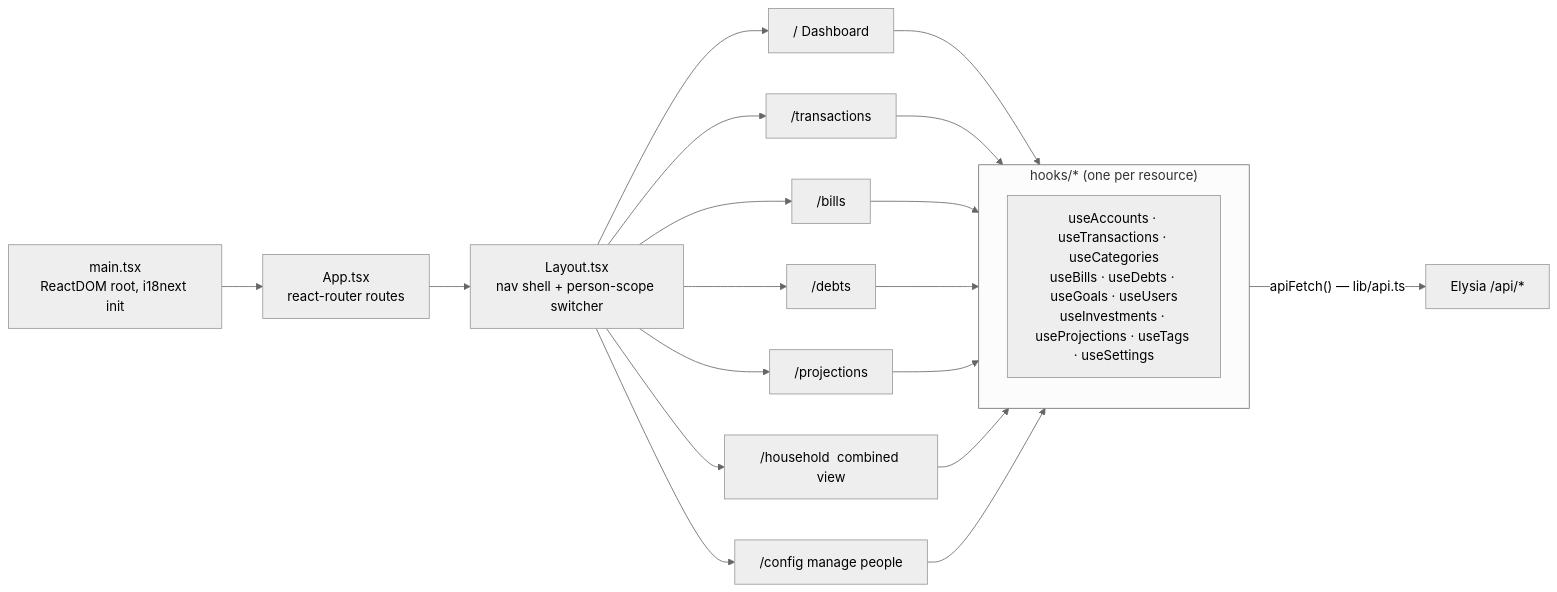
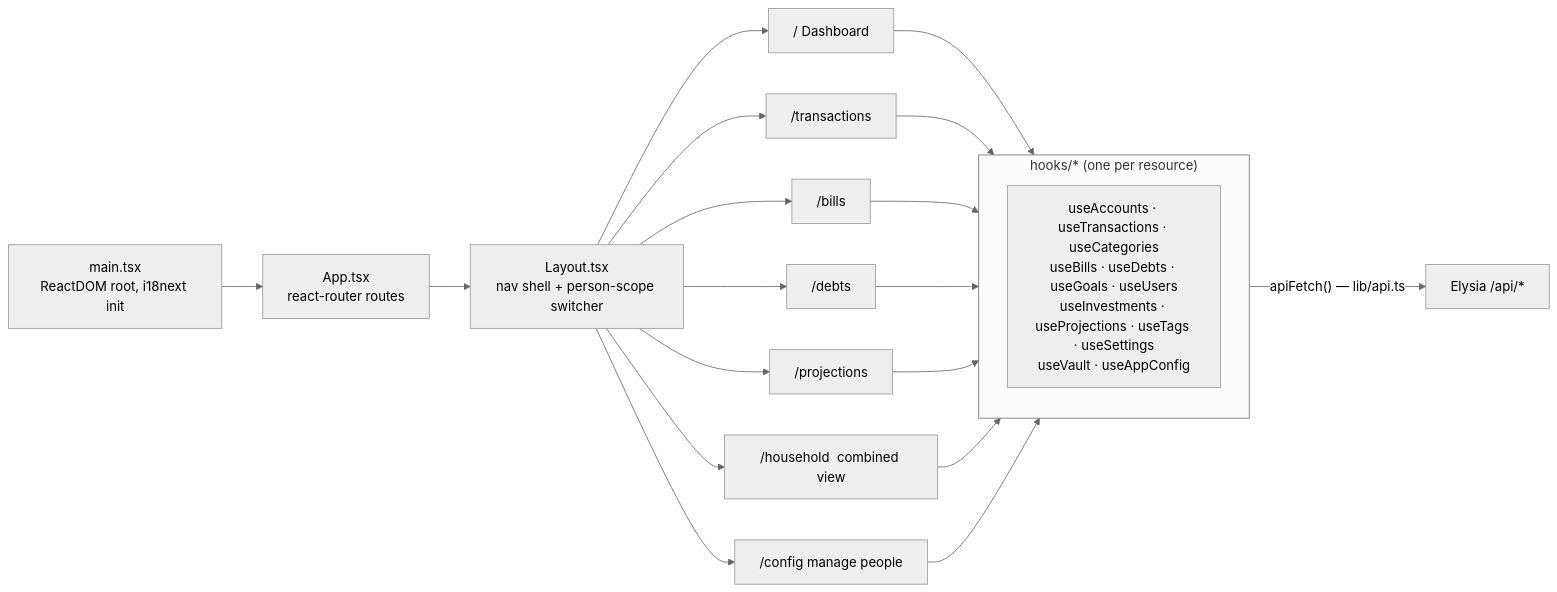
One commit to Botelho31/copiloto-financeiro changed the sixth of 7 diagrams in ARCHITECTURE.md. Above: the diagram before and after it, drawn with Mermaid (neutral theme). The commit also changed other lines of this file and 4 other files, not shown here.

````diff
--- a/ARCHITECTURE.md
+++ b/ARCHITECTURE.md
@@ -321,19 +321,19 @@
 ```mermaid
 flowchart LR
     Main["main.tsx<br>ReactDOM root, i18next init"] --> App
     App["App.tsx<br>react-router routes"] --> Layout["Layout.tsx<br>nav shell + person-scope switcher"]
     Layout --> Dashboard["/  Dashboard"]
     Layout --> Transactions["/transactions"]
     Layout --> Bills["/bills"]
     Layout --> Debts["/debts"]
     Layout --> Projections["/projections"]
     Layout --> Household["/household  combined view"]
     Layout --> Config["/config  manage people"]
 
     subgraph DataLayer["hooks/* (one per resource)"]
-        H["useAccounts · useTransactions · useCategories<br>useBills · useDebts · useGoals · useUsers<br>useInvestments · useProjections · useTags · useSettings"]
+        H["useAccounts · useTransactions · useCategories<br>useBills · useDebts · useGoals · useUsers<br>useInvestments · useProjections · useTags · useSettings<br>useVault · useAppConfig"]
     end
 
     Dashboard & Transactions & Bills & Debts & Projections & Household & Config --> DataLayer
     DataLayer -->|"apiFetch() — lib/api.ts"| Backend["Elysia /api/*"]
 ```
````
